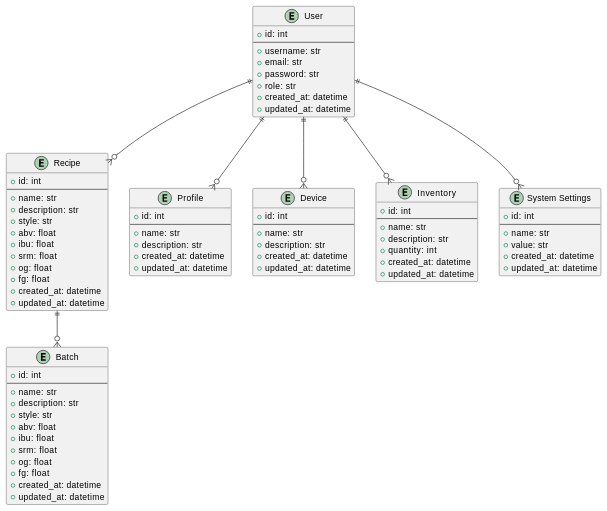
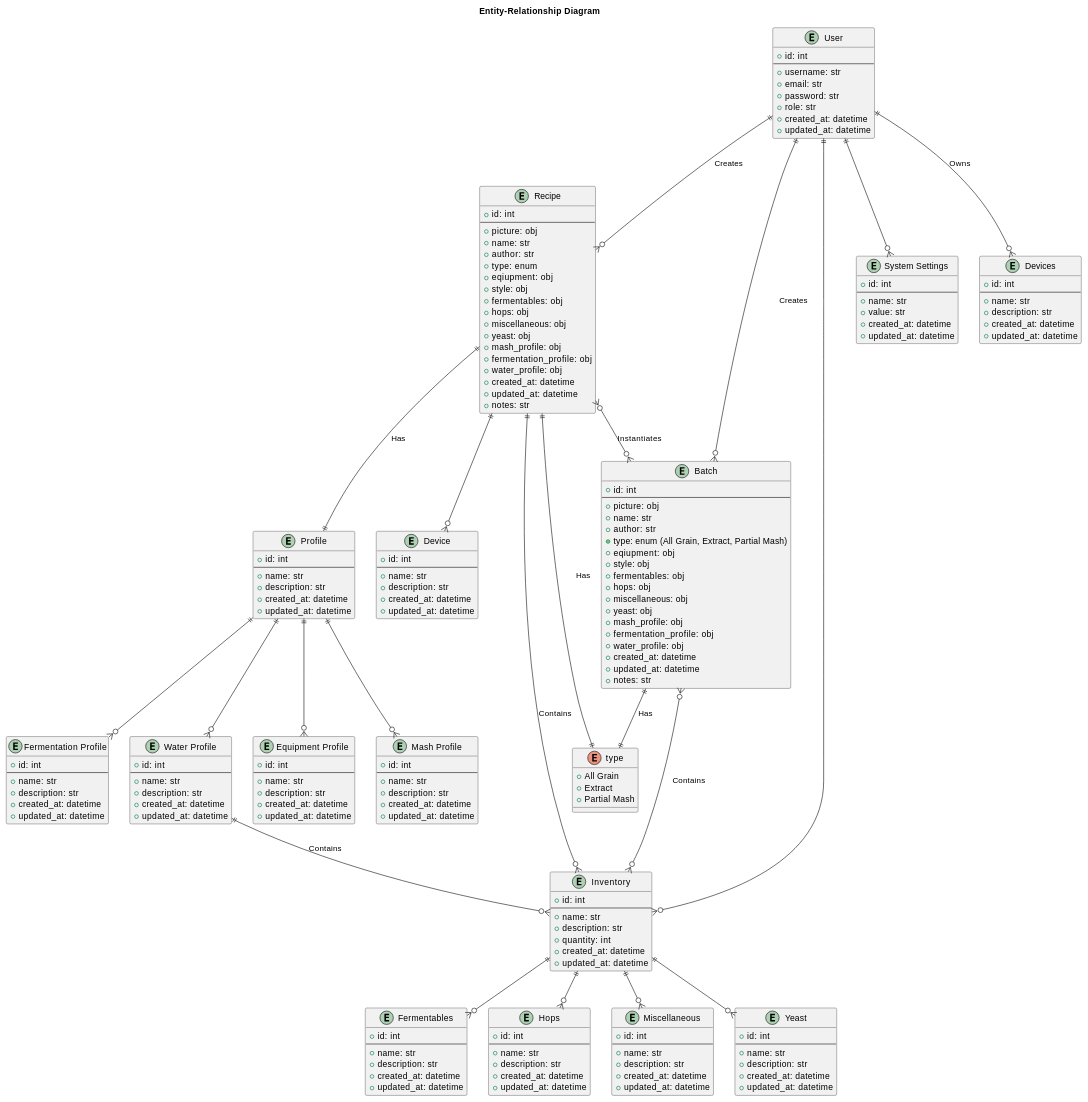
Before and after one commit to asbor/iu-project-software-engineering: the ninth of 9 diagrams in documents/01-Conception-Phase/00-HoppyBrew.md, drawn with PlantUML. The commit also changed 3 other files, not shown here.

```diff
--- a/documents/01-Conception-Phase/00-HoppyBrew.md
+++ b/documents/01-Conception-Phase/00-HoppyBrew.md
@@ -923,4 +923,6 @@
 @startuml 09-ER-Diagram
+
+title Entity-Relationship Diagram
 
 entity "User" as user {
     + id: int
@@ -936,31 +938,49 @@
 entity "Recipe" as recipe {
     + id: int
     --
+    + picture: obj
     + name: str
-    + description: str
-    + style: str
-    + abv: float
-    + ibu: float
-    + srm: float
-    + og: float
-    + fg: float
+    + author: str
+    + type: enum
+    + eqiupment: obj
+    + style: obj
+    + fermentables: obj
+    + hops: obj
+    + miscellaneous: obj
+    + yeast: obj
+    + mash_profile: obj
+    + fermentation_profile: obj
+    + water_profile: obj
     + created_at: datetime
     + updated_at: datetime
+    + notes: str
+}
+
+enum "type" as type {
+    + All Grain
+    + Extract
+    + Partial Mash
 }
 
 entity "Batch" as batch {
     + id: int
     --
+    + picture: obj
     + name: str
-    + description: str
-    + style: str
-    + abv: float
-    + ibu: float
-    + srm: float
-    + og: float
-    + fg: float
+    + author: str
+    + type: enum (All Grain, Extract, Partial Mash)
+    + eqiupment: obj
+    + style: obj
+    + fermentables: obj
+    + hops: obj
+    + miscellaneous: obj
+    + yeast: obj
+    + mash_profile: obj
+    + fermentation_profile: obj
+    + water_profile: obj
     + created_at: datetime
     + updated_at: datetime
+    + notes: str
 }
 
 entity "Profile" as profile {
@@ -1000,11 +1020,113 @@
     + updated_at: datetime
 }
 
-user ||--o{ recipe
-recipe ||--o{ batch
-user ||--o{ profile
-user ||--o{ device
+entity "Equipment Profile" as equipmentProfile {
+    + id: int
+    --
+    + name: str
+    + description: str
+    + created_at: datetime
+    + updated_at: datetime
+}
+
+entity "Mash Profile" as mashProfile {
+    + id: int
+    --
+    + name: str
+    + description: str
+    + created_at: datetime
+    + updated_at: datetime
+}
+
+entity "Fermentation Profile" as fermentationProfile {
+    + id: int
+    --
+    + name: str
+    + description: str
+    + created_at: datetime
+    + updated_at: datetime
+}
+
+entity "Water Profile" as waterProfile {
+    + id: int
+    --
+    + name: str
+    + description: str
+    + created_at: datetime
+    + updated_at: datetime
+}
+
+entity "Devices" as devices {
+    + id: int
+    --
+    + name: str
+    + description: str
+    + created_at: datetime
+    + updated_at: datetime
+}
+
+entity "Fermentables" as fermentables {
+    + id: int
+    --
+    + name: str
+    + description: str
+    + created_at: datetime
+    + updated_at: datetime
+}
+
+entity "Hops" as hops {
+    + id: int
+    --
+    + name: str
+    + description: str
+    + created_at: datetime
+    + updated_at: datetime
+}
+
+entity "Miscellaneous" as miscellaneous {
+    + id: int
+    --
+    + name: str
+    + description: str
+    + created_at: datetime
+    + updated_at: datetime
+}
+
+entity "Yeast" as yeast {
+    + id: int
+    --
+    + name: str
+    + description: str
+    + created_at: datetime
+    + updated_at: datetime
+}
+
+recipe ||--|| type : "Has"
+batch ||--|| type : "Has"
+
+user ||--o{ recipe : "Creates"
+recipe }o--o{ batch : "Instantiates"
+user ||--o{ batch : "Creates"
+user ||--o{ devices : "Owns"
+recipe ||--|| profile : "Has"
+recipe ||--o{ device
 user ||--o{ inventory
 user ||--o{ systemSettings
 
+profile ||--o{ equipmentProfile
+profile ||--o{ mashProfile
+profile ||--o{ fermentationProfile
+profile ||--o{ waterProfile
+
+inventory ||--o{ fermentables
+inventory ||--o{ hops
+inventory ||--o{ miscellaneous
+inventory ||--o{ yeast
+
+batch }o--o{ inventory : "Contains"
+
+waterProfile ||--o{ inventory : "Contains"
+
+recipe ||--o{ inventory : "Contains"
+
 @enduml
```
